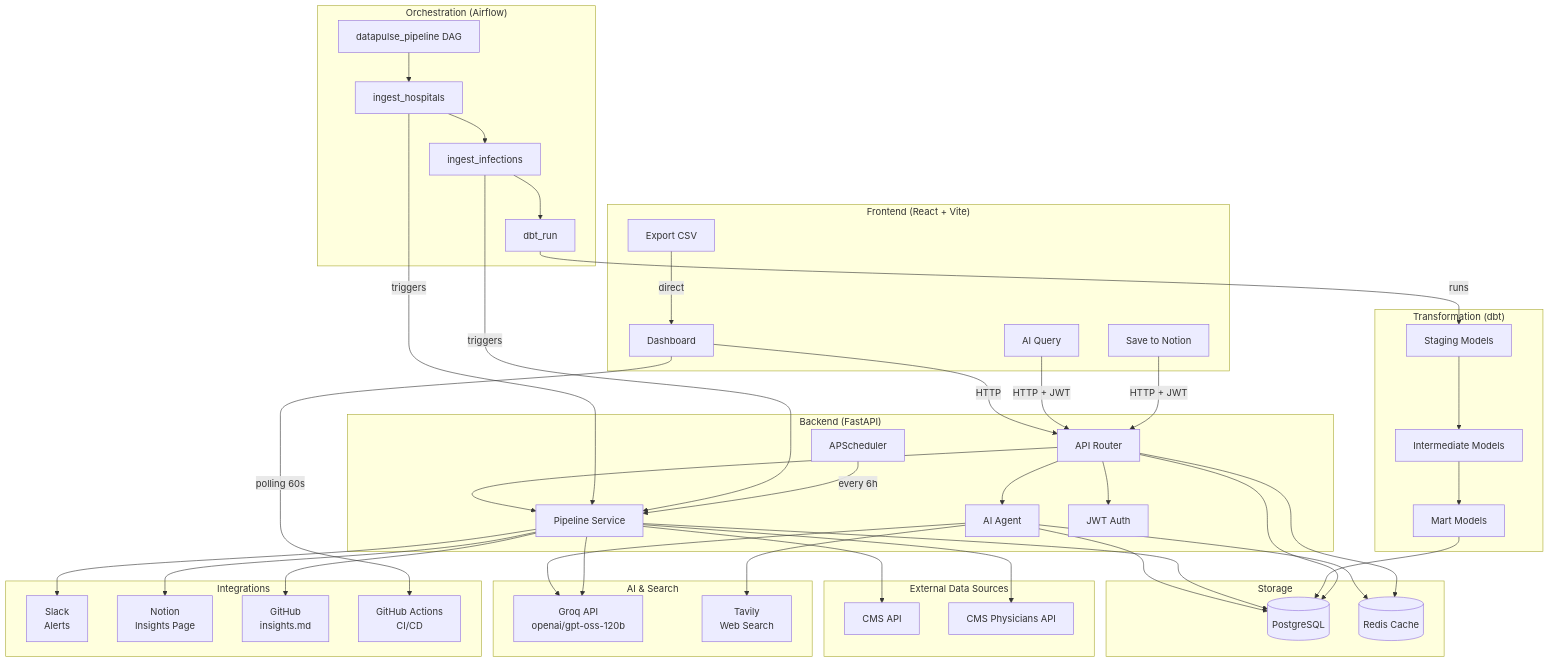
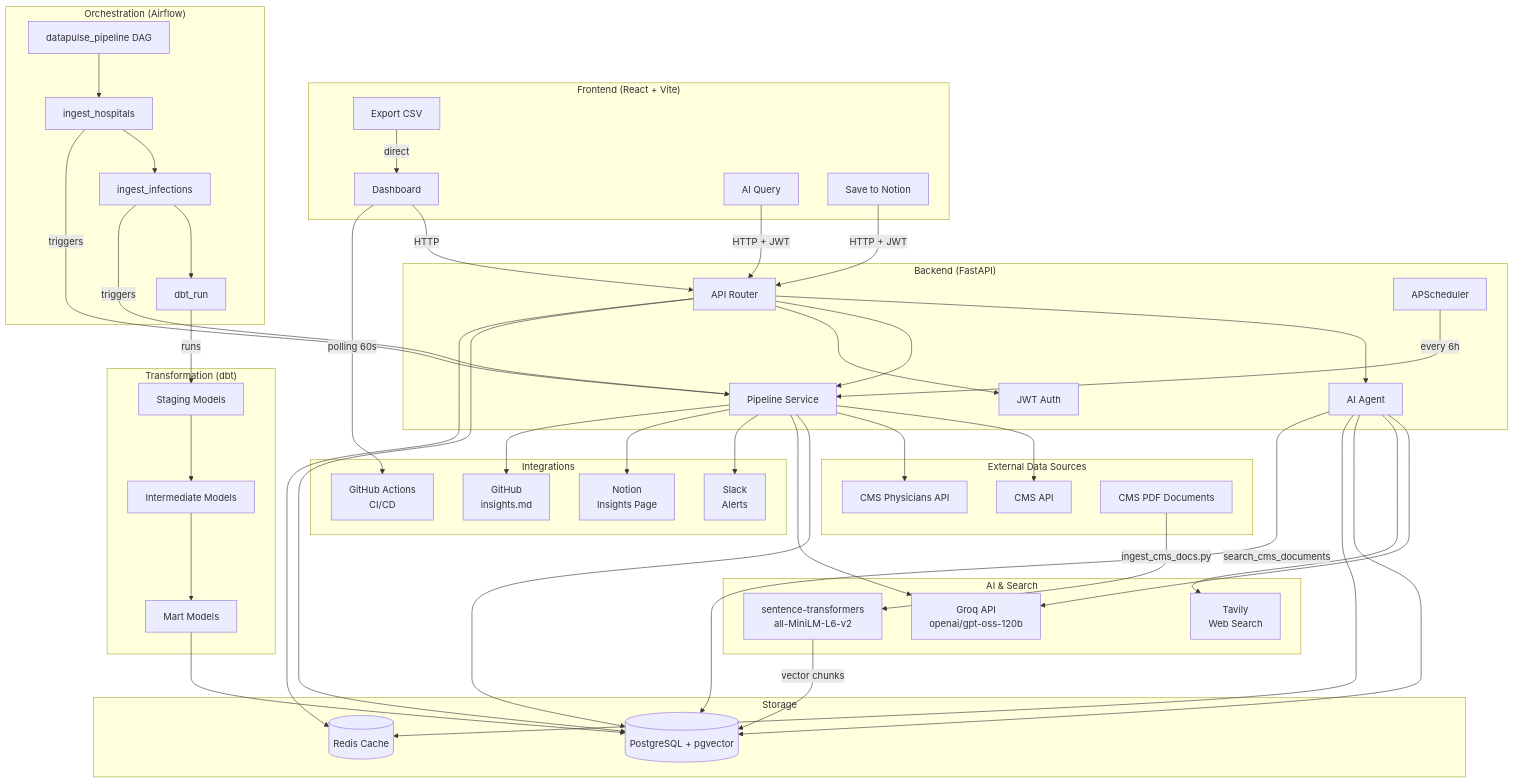
Before and after one commit to rafael-ceotto/DataPulse: the diagram in README.md, drawn with Mermaid. The commit also changed other lines of this file, not shown here.

Commit message:
Update README with RAG, pgvector and CMS documents ingestion

```diff
--- a/README.md
+++ b/README.md
@@ -70,18 +71,20 @@
     end
 
     subgraph Storage["Storage"]
-        PG[(PostgreSQL)]
+        PG[(PostgreSQL + pgvector)]
         Redis[(Redis Cache)]
     end
 
     subgraph ExternalData["External Data Sources"]
         CMS[CMS API]
         Physicians[CMS Physicians API]
+        CMSPDF[CMS PDF Documents]
     end
 
     subgraph AI["AI & Search"]
         Groq[Groq API\nopenai/gpt-oss-120b]
         Tavily[Tavily\nWeb Search]
+        Embeddings[sentence-transformers\nall-MiniLM-L6-v2]
     end
 
     subgraph Integrations["Integrations"]
@@ -105,6 +108,10 @@
     Agent --> PG
     Agent --> Redis
 
+    CMSPDF -->|ingest_cms_docs.py| Embeddings
+    Embeddings -->|vector chunks| PG
+    Agent -->|search_cms_documents| PG
+
     DAG --> T1 --> T2 --> T3
     T1 -->|triggers| Pipeline
     T2 -->|triggers| Pipeline
```
